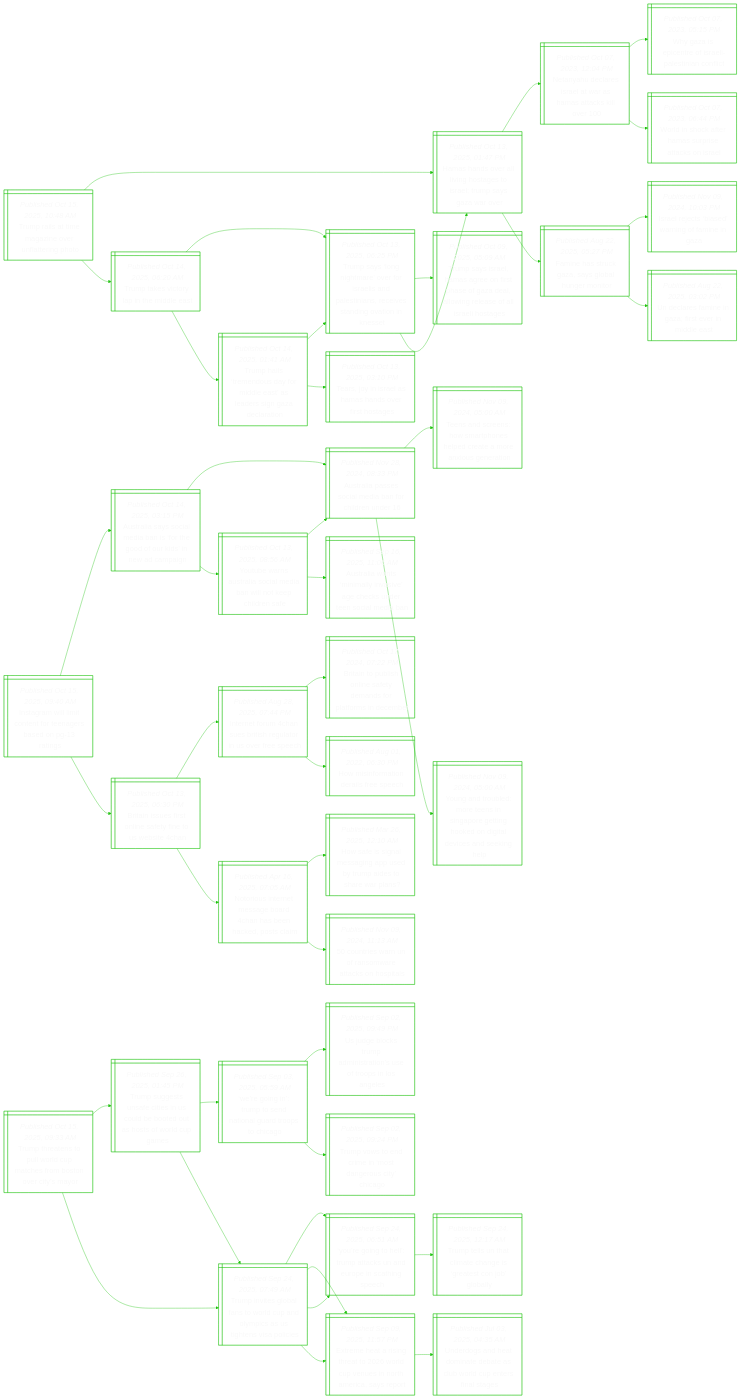
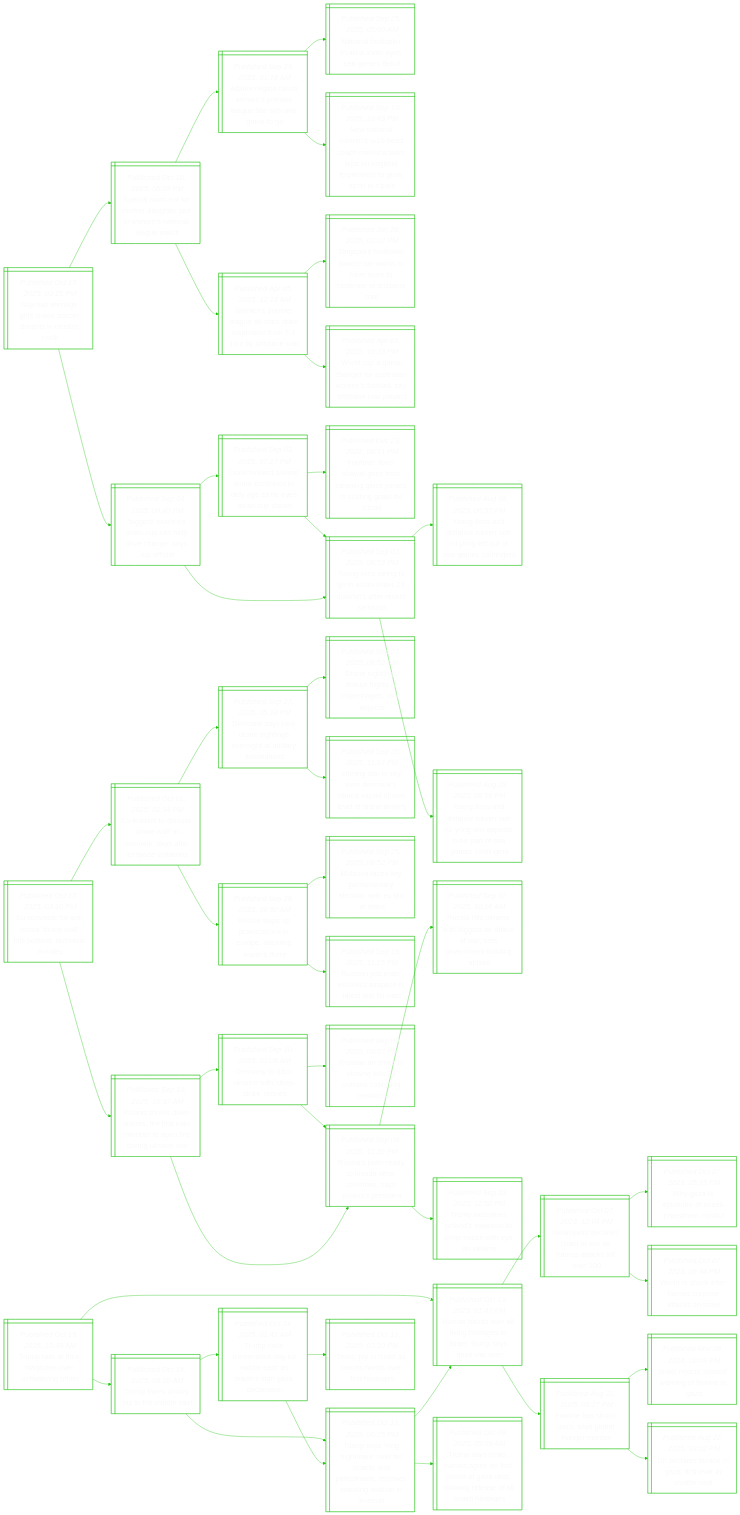
One commit to notJmes/notJmes changed the diagram in README.md. Above: the diagram before and after it, drawn with Mermaid. The commit also changed other lines of this file, not shown here.

````diff
--- a/README.md
+++ b/README.md
@@ -15,6 +15,98 @@
 %%{init: {'theme':'base', 'themeVariables': {'primaryColor': "transparent", 'primaryTextColor': "#F9F9F9", 'lineColor': "#20C20E", 'primaryBorderColor':'#20C20E'}}}%%
 flowchart LR
 classDef txtsize font-size:20px;
+
+Niegcsrmun@{ shape: win-pane, label: "_Published Oct 15, 2025, 03:25 PM_
+Nigerian teenage girls chase soccer dreams in muslim north" }
+SaeregpnniLeh@{ shape: win-pane, label: "_Published Oct 10, 2025, 05:05 PM_
+Special mom-ent for mother-daughter pair in women’s national league match" }
+AeglWsiaiiet@{ shape: win-pane, label: "_Published Sep 29, 2025, 01:18 AM_
+Albirex niigata clinch women’s premier league title with one game to go" }
+NnolsanSmb@{ shape: win-pane, label: "_Published Sep 25, 2025, 05:00 AM_
+National footballer irsalina irwan eyes sea games debut" }
+Ntlnaciatnapngpne@{ shape: win-pane, label: "_Published Sep 16, 2025, 10:43 PM_
+New national women’s u-19 head coach manisha tailor taps on england experience to grow sport in s’pore" }
+WsialrwiombsR@{ shape: win-pane, label: "_Published Apr 05, 2025, 12:18 AM_
+Women’s premier league all-stars draw inspiration from 7-1 rout by brisbane roar" }
+SpolaeaomobasR@{ shape: win-pane, label: "_Published Jan 28, 2025, 02:02 PM_
+Singapore footballer danelle tan wants to have more to celebrate at brisbane roar" }
+WCaafsimolBaay@{ shape: win-pane, label: "_Published Apr 03, 2025, 10:33 PM_
+World cup a game-changer for australian women’s football, say brisbane roar players" }
+Bseipeiaapc@{ shape: win-pane, label: "_Published Sep 04, 2025, 09:40 PM_
+‘biggest’ women’s asian cup can help drive change, says top official" }
+Lfrwuneeeesua@{ shape: win-pane, label: "_Published Sep 03, 2025, 07:27 PM_
+Lions forward shawal anuar continues to defy age as he eyes asian cup dream" }
+Faoaooagpsogfo@{ shape: win-pane, label: "_Published Dec 29, 2022, 08:31 PM_
+Football: lions’ shawal goes from cleaning glass panels to scoring goals for s’pore" }
+YLrgiaelreets@{ shape: win-pane, label: "_Published Sep 02, 2025, 08:53 PM_
+Young lions raring to go in asian under-23 qualifiers after recent setbacks" }
+YLrgiaelreets@{ shape: win-pane, label: "_Published Sep 02, 2025, 08:53 PM_
+Young lions raring to go in asian under-23 qualifiers after recent setbacks" }
+YLaseeRntfaog@{ shape: win-pane, label: "_Published Aug 06, 2025, 06:57 PM_
+Young lions and distance runner soh rui yong left out of sea games contingent" }
+YLaseeRnaleoGcn@{ shape: win-pane, label: "_Published Aug 28, 2025, 08:16 PM_
+Young lions and distance runner soh rui yong win appeals to be part of sea games contingent" }
+
+Niegcsrmun:::txtsize --> SaeregpnniLeh:::txtsize
+SaeregpnniLeh:::txtsize --> AeglWsiaiiet:::txtsize
+AeglWsiaiiet:::txtsize --> NnolsanSmb:::txtsize
+AeglWsiaiiet:::txtsize --> Ntlnaciatnapngpne:::txtsize
+SaeregpnniLeh:::txtsize --> WsialrwiombsR:::txtsize
+WsialrwiombsR:::txtsize --> SpolaeaomobasR:::txtsize
+WsialrwiombsR:::txtsize --> WCaafsimolBaay:::txtsize
+Niegcsrmun:::txtsize --> Bseipeiaapc:::txtsize
+Bseipeiaapc:::txtsize --> Lfrwuneeeesua:::txtsize
+Lfrwuneeeesua:::txtsize --> Faoaooagpsogfo:::txtsize
+Lfrwuneeeesua:::txtsize --> YLrgiaelreets:::txtsize
+Bseipeiaapc:::txtsize --> YLrgiaelreets:::txtsize
+YLrgiaelreets:::txtsize --> YLaseeRntfaog:::txtsize
+YLrgiaelreets:::txtsize --> YLaseeRnaleoGcn:::txtsize
+
+Eaftsolsttius@{ shape: win-pane, label: "_Published Oct 15, 2025, 03:10 PM_
+Eu scramble for anti-russia ‘drone wall’ hits political, technical hurdles" }
+Edouolekaaaoo@{ shape: win-pane, label: "_Published Oct 01, 2025, 02:34 PM_
+Eu leaders to discuss ‘drone wall’ in denmark, days after airspace violations" }
+Drsrinehirtt@{ shape: win-pane, label: "_Published Sep 27, 2025, 05:28 PM_
+Denmark says new drone sightings overnight at military installations" }
+DsiithChOit@{ shape: win-pane, label: "_Published Sep 23, 2025, 08:52 AM_
+Drone sightings disrupt flights at copenhagen, oslo airports" }
+SnryDrlarwerny@{ shape: win-pane, label: "_Published Sep 26, 2025, 11:02 PM_
+‘shining star in sky’ over denmark’s billund airport shows level of drone anxiety" }
+Rasotioagee@{ shape: win-pane, label: "_Published Sep 28, 2025, 08:50 AM_
+Russia steps up provocations in europe, alarming leaders there" }
+MvepaaenEak@{ shape: win-pane, label: "_Published Sep 25, 2025, 08:52 PM_
+Moldova faces key parliamentary election, with eu bid at stake" }
+Rasrnicatoo@{ shape: win-pane, label: "_Published Sep 19, 2025, 11:15 PM_
+Russian jets enter estonia’s airspace in latest test for nato" }
+PdtnefNetndgir@{ shape: win-pane, label: "_Published Sep 10, 2025, 10:37 AM_
+Poland shoots down drones, the first nato member to open fire during ukraine war" }
+Gnarwerr@{ shape: win-pane, label: "_Published Sep 10, 2025, 01:08 AM_
+Germany to back ukraine with ‘deep-strike’ drones" }
+Raserkcioten@{ shape: win-pane, label: "_Published Sep 09, 2025, 09:37 PM_
+Russian air strike in ukraine kills 23 civilians collecting pensions" }
+Raidnocralpd@{ shape: win-pane, label: "_Published Sep 09, 2025, 11:36 PM_
+Russia’s putin ready to invade other countries, says poland’s president" }
+Raidnocralpd@{ shape: win-pane, label: "_Published Sep 09, 2025, 11:36 PM_
+Russia’s putin ready to invade other countries, says poland’s president" }
+RaUnhercasrtdb@{ shape: win-pane, label: "_Published Sep 07, 2025, 10:16 AM_
+Russia hits ukraine with biggest air attack of war, sets government building ablaze" }
+TwmlNcWHwyke@{ shape: win-pane, label: "_Published Sep 03, 2025, 11:50 PM_
+Trump welcomes poland’s nawrocki to white house with eye on ukraine" }
+
+Eaftsolsttius:::txtsize --> Edouolekaaaoo:::txtsize
+Edouolekaaaoo:::txtsize --> Drsrinehirtt:::txtsize
+Drsrinehirtt:::txtsize --> DsiithChOit:::txtsize
+Drsrinehirtt:::txtsize --> SnryDrlarwerny:::txtsize
+Edouolekaaaoo:::txtsize --> Rasotioagee:::txtsize
+Rasotioagee:::txtsize --> MvepaaenEak:::txtsize
+Rasotioagee:::txtsize --> Rasrnicatoo:::txtsize
+Eaftsolsttius:::txtsize --> PdtnefNetndgir:::txtsize
+PdtnefNetndgir:::txtsize --> Gnarwerr:::txtsize
+Gnarwerr:::txtsize --> Raserkcioten:::txtsize
+Gnarwerr:::txtsize --> Raidnocralpd:::txtsize
+PdtnefNetndgir:::txtsize --> Raidnocralpd:::txtsize
+Raidnocralpd:::txtsize --> RaUnhercasrtdb:::txtsize
+Raidnocralpd:::txtsize --> TwmlNcWHwyke:::txtsize
 
 Traezvfep@{ shape: win-pane, label: "_Published Oct 15, 2025, 10:48 AM_
 Trump rails at time magazine over unflattering photo" }
@@ -62,90 +154,4 @@
 Thtndrltasact:::txtsize --> TsogrrsiPtnesiais:::txtsize
 Thtndrltasact:::txtsize --> TjIlmnest:::txtsize
 
-IgimnfereGn@{ shape: win-pane, label: "_Published Oct 15, 2025, 09:40 AM_
-Instagram will limit content for teenagers based on pg-13 ratings" }
-Aaaceaogfinci@{ shape: win-pane, label: "_Published Oct 14, 2025, 03:15 PM_
-Australia says social media ban is ‘for the good of our kids’ in new ad campaign" }
-Aaaslaolu@{ shape: win-pane, label: "_Published Nov 28, 2024, 08:33 PM_
-Australia passes social media ban for children under 16" }
-TarHaoeceeoni@{ shape: win-pane, label: "_Published Nov 09, 2024, 05:00 AM_
-Teens and screens: how smartphones helped create a more anxious generation" }
-Yaodtigeiontvaeh@{ shape: win-pane, label: "_Published Nov 09, 2024, 05:00 AM_
-Young and troubled: more teens in singapore getting hooked on digital devices and seeking help" }
-Ybntaaiwopda@{ shape: win-pane, label: "_Published Oct 13, 2025, 08:56 AM_
-Youtube warns australia social media ban will not keep children safe" }
-Aaaslaolu@{ shape: win-pane, label: "_Published Nov 28, 2024, 08:33 PM_
-Australia passes social media ban for children under 16" }
-Aaailvehutomb@{ shape: win-pane, label: "_Published Sep 16, 2025, 11:06 AM_
-Australia wants ‘minimally invasive’ age checks under teen social media ban" }
-Biurlafobc@{ shape: win-pane, label: "_Published Oct 13, 2025, 06:30 PM_
-Britain issues first online safety fine to us website 4chan" }
-InrasigoSfp@{ shape: win-pane, label: "_Published Aug 28, 2025, 07:44 PM_
-Internet forum 4chan sues british regulator in us over free speech" }
-Biuhnemfamee@{ shape: win-pane, label: "_Published Oct 17, 2024, 07:22 PM_
-Britain to publish online safety demands for platforms in december" }
-Hsroare@{ shape: win-pane, label: "_Published Aug 01, 2022, 06:30 PM_
-How misinformation derails free speech" }
-Ninesohshdsm@{ shape: win-pane, label: "_Published Apr 16, 2025, 07:05 AM_
-Notorious internet message board 4chan has been hacked, posts claim" }
-Hfimgpdudswa@{ shape: win-pane, label: "_Published Mar 26, 2025, 12:10 AM_
-How safe is signal messaging app used by trump aides to share war plans?" }
-craosrani@{ shape: win-pane, label: "_Published Nov 09, 2024, 11:13 AM_
-50 countries warn un of ransomware attacks on hospitals" }
-
-IgimnfereGn:::txtsize --> Aaaceaogfinci:::txtsize
-Aaaceaogfinci:::txtsize --> Aaaslaolu:::txtsize
-Aaaslaolu:::txtsize --> TarHaoeceeoni:::txtsize
-Aaaslaolu:::txtsize --> Yaodtigeiontvaeh:::txtsize
-Aaaceaogfinci:::txtsize --> Ybntaaiwopda:::txtsize
-Ybntaaiwopda:::txtsize --> Aaaslaolu:::txtsize
-Ybntaaiwopda:::txtsize --> Aaailvehutomb:::txtsize
-IgimnfereGn:::txtsize --> Biurlafobc:::txtsize
-Biurlafobc:::txtsize --> InrasigoSfp:::txtsize
-InrasigoSfp:::txtsize --> Biuhnemfamee:::txtsize
-InrasigoSfp:::txtsize --> Hsroare:::txtsize
-Biurlafobc:::txtsize --> Ninesohshdsm:::txtsize
-Ninesohshdsm:::txtsize --> Hfimgpdudswa:::txtsize
-Ninesohshdsm:::txtsize --> craosrani:::txtsize
-
-TttoWCtfooia@{ shape: win-pane, label: "_Published Oct 15, 2025, 09:33 AM_
-Trump threatens to pull world cup matches from boston over city’s mayor" }
-Tsssiioeeatoue@{ shape: win-pane, label: "_Published Sep 26, 2025, 01:45 PM_
-Trump suggests unsafe cities in us could be booted out as hosts of world cup games" }
-WonpniGtsi@{ shape: win-pane, label: "_Published Sep 03, 2025, 05:59 AM_
-‘we’re going in’: trump to send national guard troops to chicago" }
-Ugcumtoeonns@{ shape: win-pane, label: "_Published Sep 02, 2025, 09:49 PM_
-Us judge blocks trump administration’s use of troops in los angeles" }
-Tvorndrii@{ shape: win-pane, label: "_Published Sep 02, 2025, 09:24 PM_
-Trump vows to end crime in ‘most dangerous city’ chicago" }
-TiebnouOiUhvoe@{ shape: win-pane, label: "_Published Sep 24, 2025, 07:49 AM_
-Trump invites global fans to world cup and olympics as us tightens visa policies" }
-Ygtlpcarnhp@{ shape: win-pane, label: "_Published Sep 24, 2025, 06:51 AM_
-‘you’re going to hell’: trump attacks un and europe in scathing speech" }
-Emtirodeitrap@{ shape: win-pane, label: "_Published Sep 09, 2025, 11:57 PM_
-Extreme heat a rising threat to 2026 world cup venues in north america, says report" }
-TiebnouOiUhvoe@{ shape: win-pane, label: "_Published Sep 24, 2025, 07:49 AM_
-Trump invites global fans to world cup and olympics as us tightens visa policies" }
-Ygtlpcarnhp@{ shape: win-pane, label: "_Published Sep 24, 2025, 06:51 AM_
-‘you’re going to hell’: trump attacks un and europe in scathing speech" }
-TtUtaastogl@{ shape: win-pane, label: "_Published Sep 24, 2025, 12:17 AM_
-Trump tells un that climate change is ‘greatest con job’ globally" }
-Emtirodeitrap@{ shape: win-pane, label: "_Published Sep 09, 2025, 11:57 PM_
-Extreme heat a rising threat to 2026 world cup venues in north america, says report" }
-Udntneabdnfss@{ shape: win-pane, label: "_Published Jul 03, 2025, 04:35 AM_
-Underdogs and heat dominate debate as club world cup enters final stages" }
-
-TttoWCtfooia:::txtsize --> Tsssiioeeatoue:::txtsize
-Tsssiioeeatoue:::txtsize --> WonpniGtsi:::txtsize
-WonpniGtsi:::txtsize --> Ugcumtoeonns:::txtsize
-WonpniGtsi:::txtsize --> Tvorndrii:::txtsize
-Tsssiioeeatoue:::txtsize --> TiebnouOiUhvoe:::txtsize
-TiebnouOiUhvoe:::txtsize --> Ygtlpcarnhp:::txtsize
-TiebnouOiUhvoe:::txtsize --> Emtirodeitrap:::txtsize
-TttoWCtfooia:::txtsize --> TiebnouOiUhvoe:::txtsize
-TiebnouOiUhvoe:::txtsize --> Ygtlpcarnhp:::txtsize
-Ygtlpcarnhp:::txtsize --> TtUtaastogl:::txtsize
-TiebnouOiUhvoe:::txtsize --> Emtirodeitrap:::txtsize
-Emtirodeitrap:::txtsize --> Udntneabdnfss:::txtsize
-
 ```
````
